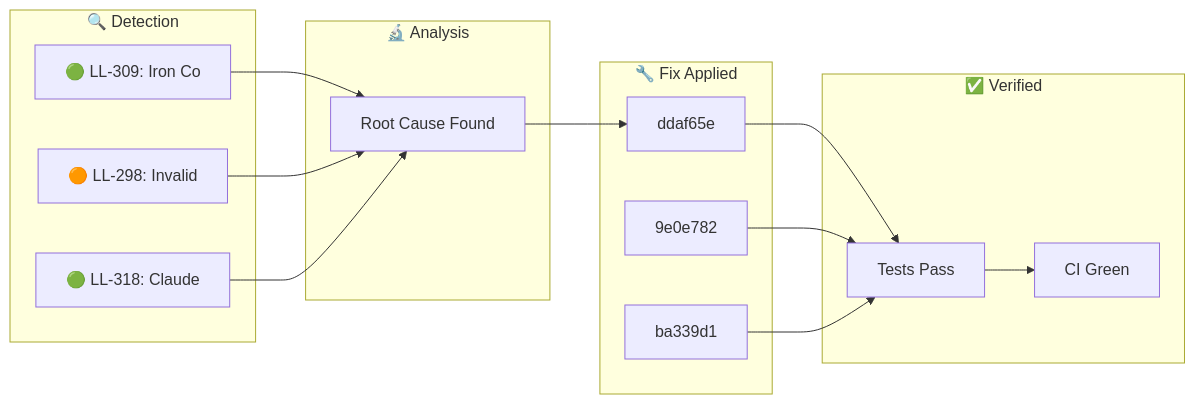
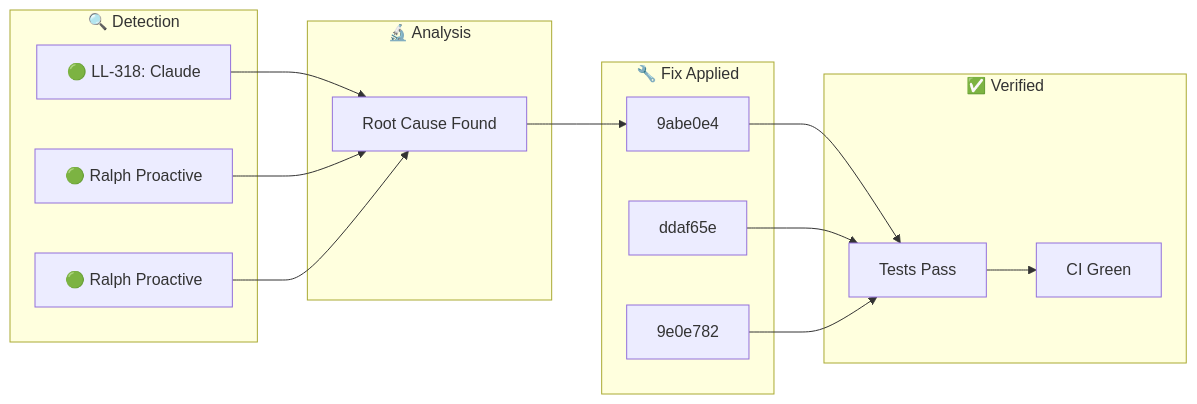
The diagram in docs/_posts/2026-01-30-ralph-discovery.md (YoByron/trading), drawn with Mermaid before and after one commit. The commit also changed other lines of this file, not shown here.

Commit message:
docs(ralph): Auto-publish discovery blog post

````diff
--- a/docs/_posts/2026-01-30-ralph-discovery.md
+++ b/docs/_posts/2026-01-30-ralph-discovery.md
@@ -17,28 +17,28 @@
 ```mermaid
 flowchart LR
     subgraph Detection["🔍 Detection"]
-        D1["🟢 LL-309: Iron Co"]
-        D2["🟠 LL-298: Invalid"]
-        D3["🟢 LL-318: Claude "]
+        D1["🟢 LL-318: Claude "]
+        D2["🟢 Ralph Proactive"]
+        D3["🟢 Ralph Proactive"]
     end
     subgraph Analysis["🔬 Analysis"]
         A1["Root Cause Found"]
     end
     subgraph Fix["🔧 Fix Applied"]
-        F1["ddaf65e"]
-        F2["9e0e782"]
-        F3["ba339d1"]
+        F1["9abe0e4"]
+        F2["ddaf65e"]
+        F3["9e0e782"]
     end
     subgraph Verify["✅ Verified"]
         V1["Tests Pass"]
         V2["CI Green"]
     end
     D1 --> A1
     D2 --> A1
     D3 --> A1
     A1 --> F1
     F1 --> V1
     F2 --> V1
     F3 --> V1
     V1 --> V2
 ```
````
